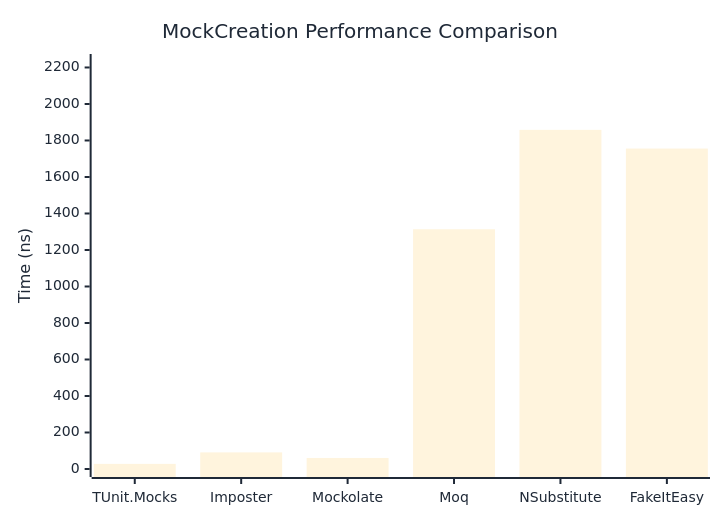
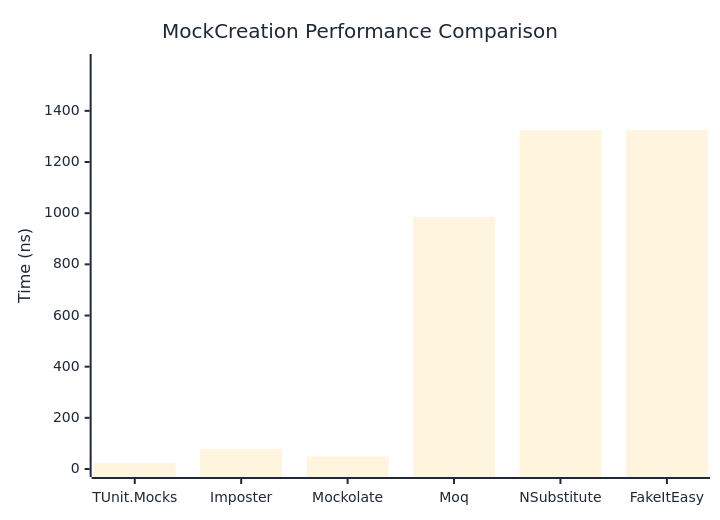
Before and after one commit to thomhurst/TUnit: the first of 2 diagrams in docs/docs/benchmarks/mocks/MockCreation.md, drawn with Mermaid. The commit also changed other lines of this file and 14 other files, not shown here.

````diff
--- a/docs/docs/benchmarks/mocks/MockCreation.md
+++ b/docs/docs/benchmarks/mocks/MockCreation.md
@@ -30,27 +30,27 @@
 ```mermaid
 %%{init: {
   'theme':'base',
   'themeVariables': {
     'primaryColor': '#2563eb',
     'primaryTextColor': '#1f2937',
     'primaryBorderColor': '#1e40af',
     'lineColor': '#6b7280',
     'secondaryColor': '#7c3aed',
     'tertiaryColor': '#dc2626',
     'background': '#ffffff',
     'pie1': '#2563eb',
     'pie2': '#7c3aed',
     'pie3': '#dc2626',
     'pie4': '#f59e0b',
     'pie5': '#10b981',
     'pie6': '#06b6d4',
     'pie7': '#ec4899',
     'pie8': '#6366f1'
   }
 }}%%
 xychart-beta
   title "MockCreation Performance Comparison"
   x-axis ["TUnit.Mocks", "Imposter", "Mockolate", "Moq", "NSubstitute", "FakeItEasy"]
-  y-axis "Time (ns)" 0 --> 2230
-  bar [28.02, 90.96, 60.42, 1313.59, 1858.21, 1755.68]
+  y-axis "Time (ns)" 0 --> 1591
+  bar [23.13, 77.65, 48.86, 985.35, 1324.67, 1325.42]
 ```
````
